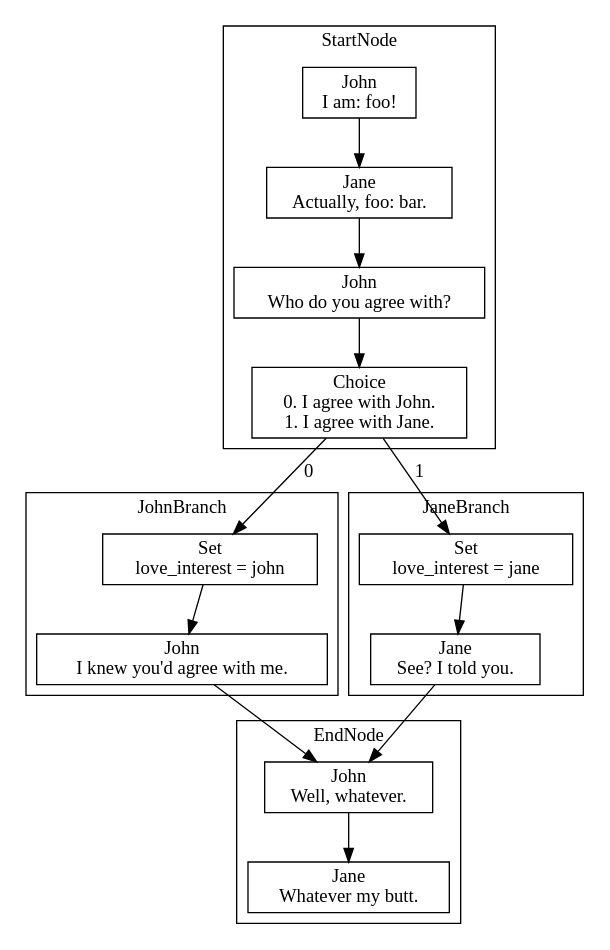
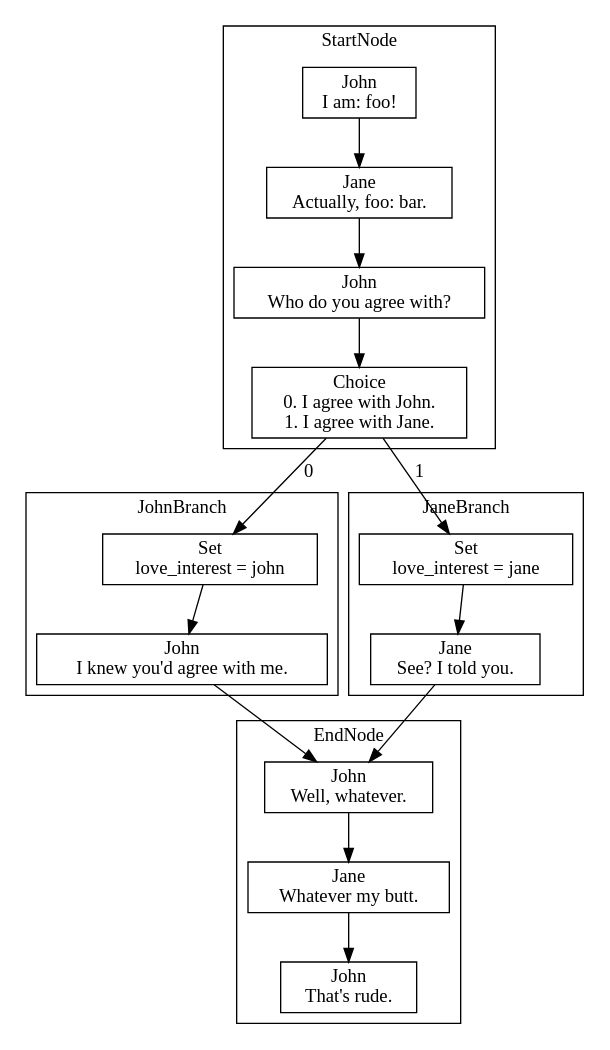
Before and after one commit to patriacaelum/script2py: the diagram in scriptipy/script2json.dot, drawn with Graphviz. The commit also changed 5 other files, not shown here.

```diff
--- a/scriptipy/script2json.dot
+++ b/scriptipy/script2json.dot
@@ -1,34 +1,36 @@
 digraph G {
 subgraph cluster_0{
 label = "StartNode";
-140719002921136 [label="John\nI am: foo!", shape=box];
-140719002920416 [label="Jane\nActually, foo: bar.", shape=box];
-140719002920656 [label="John\nWho do you agree with?", shape=box];
-140719002920560 [label="Choice\n0. I agree with John.\n1. I agree with Jane.", shape=box];
+140185072075776 [label="John\nI am: foo!", shape=box];
+140185072076688 [label="Jane\nActually, foo: bar.", shape=box];
+140185071384656 [label="John\nWho do you agree with?", shape=box];
+140185071383792 [label="Choice\n0. I agree with John.\n1. I agree with Jane.", shape=box];
 }
 subgraph cluster_1{
 label = "JohnBranch";
-140719002920752 [label="Set\nlove_interest = john", shape=box];
-140719002920800 [label="John\nI knew you'd agree with me.", shape=box];
+140185071384320 [label="Set\nlove_interest = john", shape=box];
+140185071384464 [label="John\nI knew you'd agree with me.", shape=box];
 }
 subgraph cluster_2{
 label = "JaneBranch";
-140719002920464 [label="Set\nlove_interest = jane", shape=box];
-140719002920224 [label="Jane\nSee? I told you.", shape=box];
+140185071384224 [label="Set\nlove_interest = jane", shape=box];
+140185071384176 [label="Jane\nSee? I told you.", shape=box];
 }
 subgraph cluster_3{
 label = "EndNode";
-140719002920128 [label="John\nWell, whatever.", shape=box];
-140719002921808 [label="Jane\nWhatever my butt.", shape=box];
+140185071384080 [label="John\nWell, whatever.", shape=box];
+140185071383984 [label="Jane\nWhatever my butt.", shape=box];
+140185071383888 [label="John\nThat's rude.", shape=box];
 }
-140719002921136 -> 140719002920416;
-140719002920416 -> 140719002920656;
-140719002920656 -> 140719002920560;
-140719002920560 -> 140719002920752 [label=0];
-140719002920560 -> 140719002920464 [label=1];
-140719002920752 -> 140719002920800;
-140719002920800 -> 140719002920128;
-140719002920464 -> 140719002920224;
-140719002920224 -> 140719002920128;
-140719002920128 -> 140719002921808;
+140185072075776 -> 140185072076688;
+140185072076688 -> 140185071384656;
+140185071384656 -> 140185071383792;
+140185071383792 -> 140185071384320 [label=0];
+140185071383792 -> 140185071384224 [label=1];
+140185071384320 -> 140185071384464;
+140185071384464 -> 140185071384080;
+140185071384224 -> 140185071384176;
+140185071384176 -> 140185071384080;
+140185071384080 -> 140185071383984;
+140185071383984 -> 140185071383888;
 }
```
